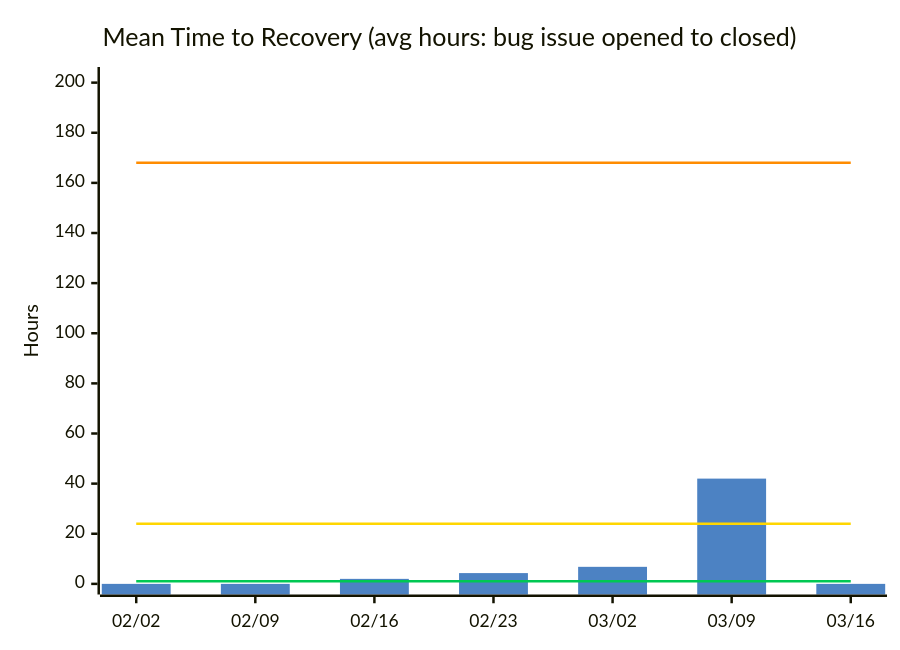
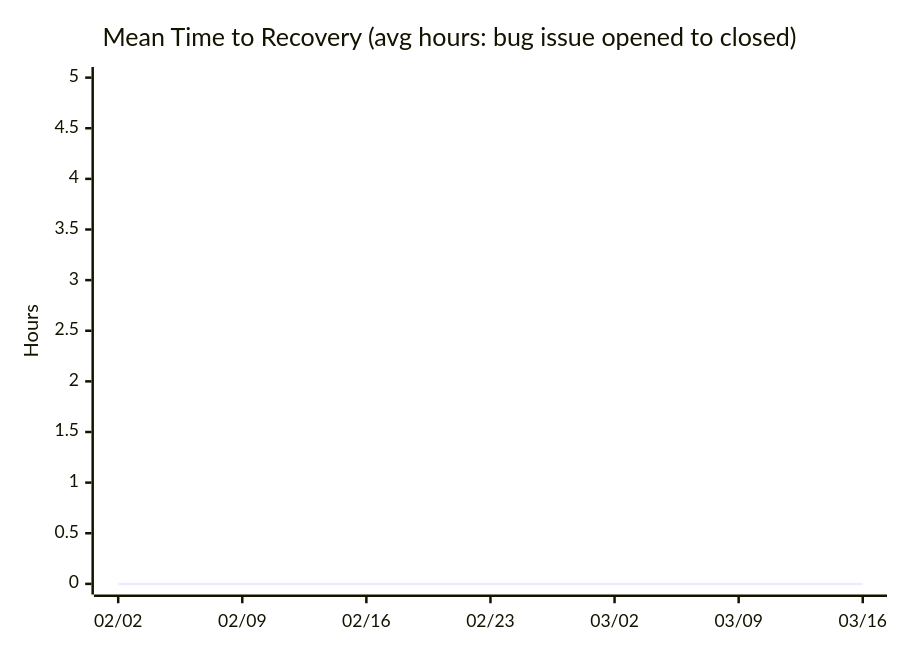
The fourth of 14 diagrams in docs/metrics.md (nablarch/nabledge-dev), drawn with Mermaid before and after one commit. The commit also changed other lines of this file, not shown here.

````diff
--- a/docs/metrics.md
+++ b/docs/metrics.md
@@ -73,11 +51,7 @@
 ```mermaid
-%%{init: {'theme': 'base', 'themeVariables': {'xyChart': {'plotColorPalette': '#4C82C3,#00C853,#FFD600,#FF8C00'}}}}%%
 xychart-beta
   title "Mean Time to Recovery (avg hours: bug issue opened to closed)"
   x-axis ["02/02", "02/09", "02/16", "02/23", "03/02", "03/09", "03/16"]
-  y-axis "Hours" 0 --> 202
-  bar [0, 0, 2, 4.3, 6.8, 42, 0]
-  line [1, 1, 1, 1, 1, 1, 1]
-  line [24, 24, 24, 24, 24, 24, 24]
-  line [168, 168, 168, 168, 168, 168, 168]
+  y-axis "Hours" 0 --> 5
+  line [0, 0, 0, 0, 0, 0, 0]
 ```
````
